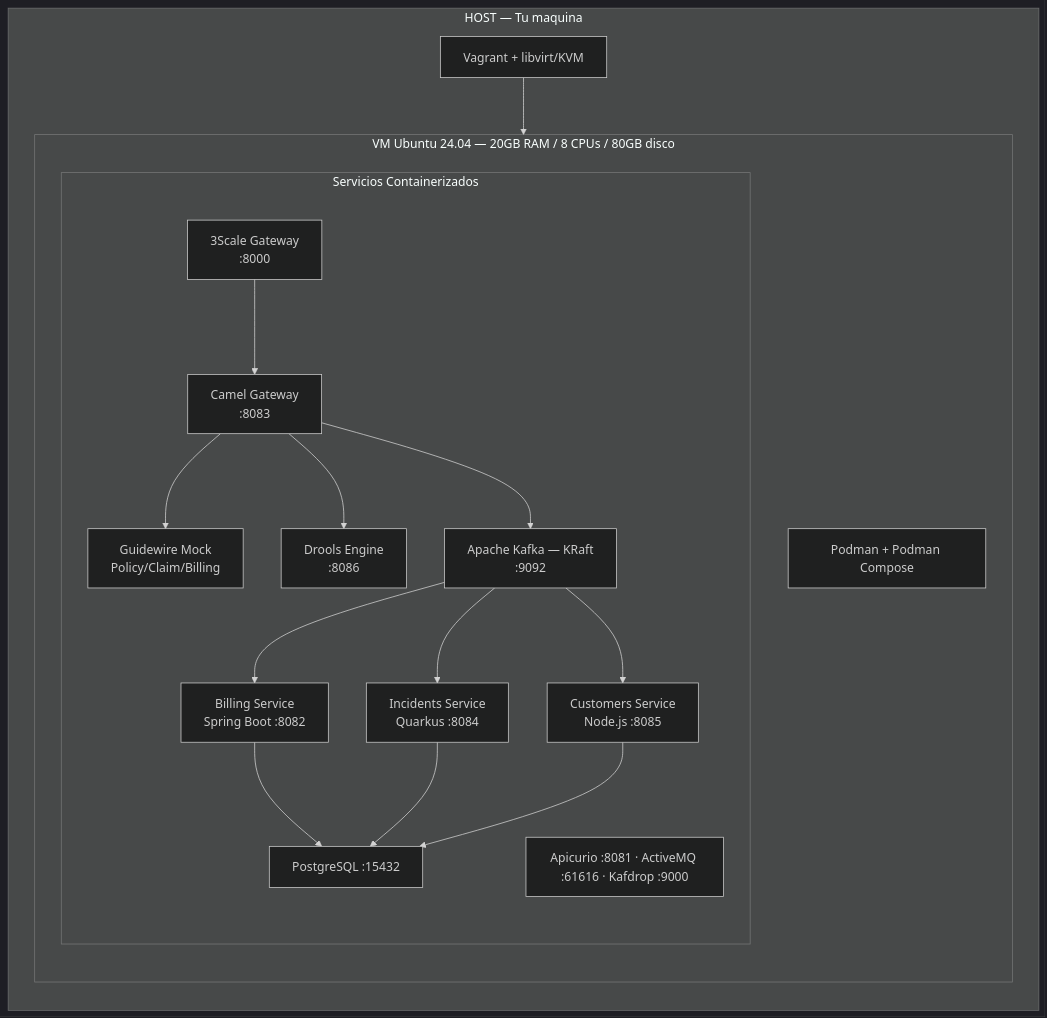
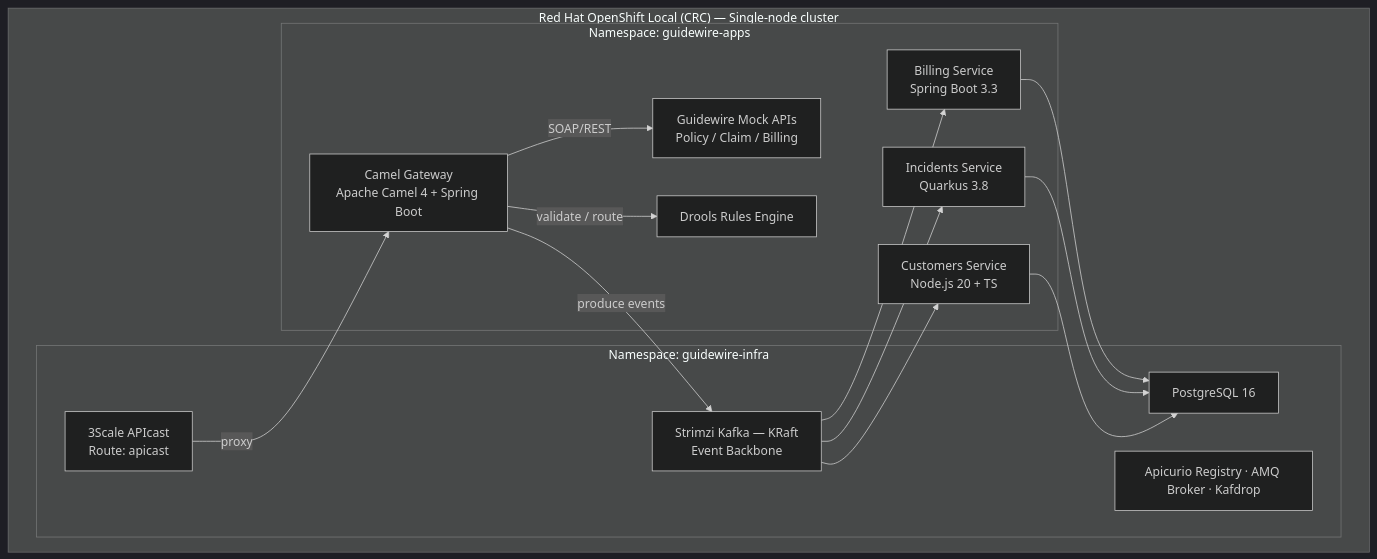
Before and after one commit to monghithub/guidewire: the diagram in openspecs/README.md, drawn with Mermaid (dark theme). The commit also changed other lines of this file and 67 other files, not shown here.

First line of the commit message:
feat: migrate lab environment from Vagrant to Red Hat OpenShift Local (CRC)

````diff
--- a/openspecs/README.md
+++ b/openspecs/README.md
@@ -9,39 +9,31 @@
 ```mermaid
 graph TD
-    subgraph HOST["HOST — Tu maquina"]
-        direction TB
-        vagrant["Vagrant + libvirt/KVM"]
-
-        subgraph VM["VM Ubuntu 24.04 — 20GB RAM / 8 CPUs / 80GB disco"]
-            direction TB
-            podman["Podman + Podman Compose"]
-
-            subgraph services["Servicios Containerizados"]
-                direction TB
-                threescale["3Scale Gateway<br/>:8000"]
-                camel["Camel Gateway<br/>:8083"]
-                gwmock["Guidewire Mock<br/>Policy/Claim/Billing"]
-                drools["Drools Engine<br/>:8086"]
-                kafka["Apache Kafka — KRaft<br/>:9092"]
-                billing["Billing Service<br/>Spring Boot :8082"]
-                incidents["Incidents Service<br/>Quarkus :8084"]
-                customers["Customers Service<br/>Node.js :8085"]
-                pg["PostgreSQL :15432"]
-                support["Apicurio :8081 · ActiveMQ :61616 · Kafdrop :9000"]
-
-                threescale --> camel
-                camel --> gwmock
-                camel --> drools
-                camel --> kafka
-                kafka --> billing
-                kafka --> incidents
-                kafka --> customers
-                billing --> pg
-                incidents --> pg
-                customers --> pg
-            end
+    subgraph CRC["Red Hat OpenShift Local (CRC) — Single-node cluster"]
+        subgraph infra["Namespace: guidewire-infra"]
+            threescale["3Scale APIcast<br/>Route: apicast"]
+            kafka["Strimzi Kafka — KRaft<br/>Event Backbone"]
+            pg["PostgreSQL 16"]
+            support["Apicurio Registry · AMQ Broker · Kafdrop"]
         end
 
-        vagrant --> VM
+        subgraph apps["Namespace: guidewire-apps"]
+            camel["Camel Gateway<br/>Apache Camel 4 + Spring Boot"]
+            gwmock["Guidewire Mock APIs<br/>Policy / Claim / Billing"]
+            drools["Drools Rules Engine"]
+            billing["Billing Service<br/>Spring Boot 3.3"]
+            incidents["Incidents Service<br/>Quarkus 3.8"]
+            customers["Customers Service<br/>Node.js 20 + TS"]
+        end
+
+        threescale -->|proxy| camel
+        camel -->|SOAP/REST| gwmock
+        camel -->|validate / route| drools
+        camel -->|produce events| kafka
+        kafka --> billing
+        kafka --> incidents
+        kafka --> customers
+        billing --> pg
+        incidents --> pg
+        customers --> pg
     end
 ```
````
